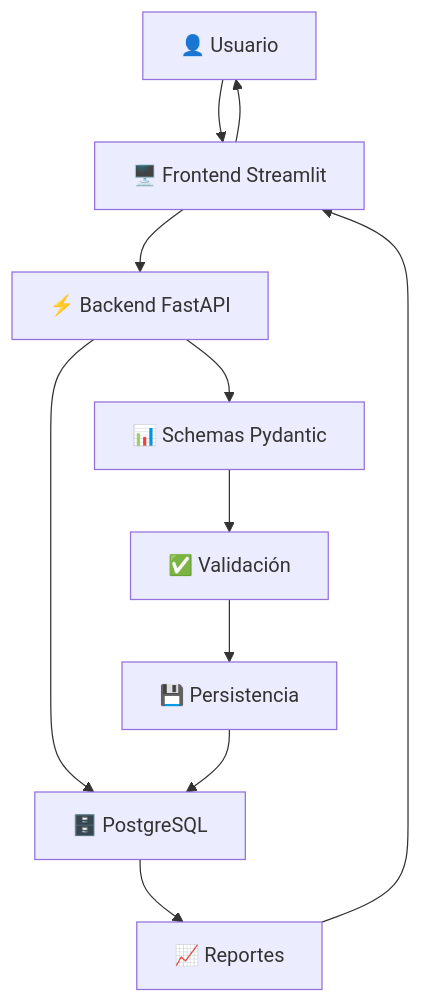
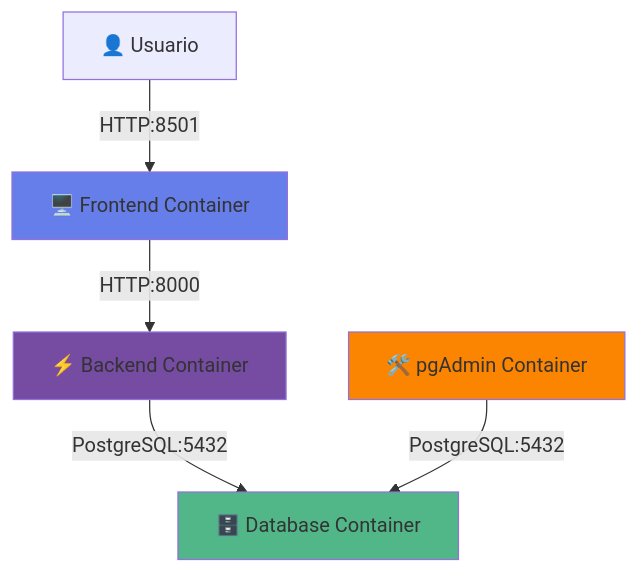
The first of 2 diagrams in README.md (mm23047/App-Ciclo-contable), drawn with Mermaid before and after one commit. The commit also changed other lines of this file, not shown here.

````diff
--- a/README.md
+++ b/README.md
@@ -259,13 +359,12 @@
 ```mermaid
-graph TD
-    A[👤 Usuario] --> B[🖥️ Frontend Streamlit]
-    B --> C[⚡ Backend FastAPI]
-    C --> D[🗄️ PostgreSQL]
-    C --> E[📊 Schemas Pydantic]
-    E --> F[✅ Validación]
-    F --> G[💾 Persistencia]
-    G --> D
-    D --> H[📈 Reportes]
-    H --> B
-    B --> A
+graph TB
+    A[👤 Usuario] -->|HTTP:8501| B[🖥️ Frontend Container]
+    B -->|HTTP:8000| C[⚡ Backend Container]
+    C -->|PostgreSQL:5432| D[🗄️ Database Container]
+    E[🛠️ pgAdmin Container] -->|PostgreSQL:5432| D
+    
+    style B fill:#667eea
+    style C fill:#764ba2
+    style D fill:#52b788
+    style E fill:#fb8500
 ```
````
